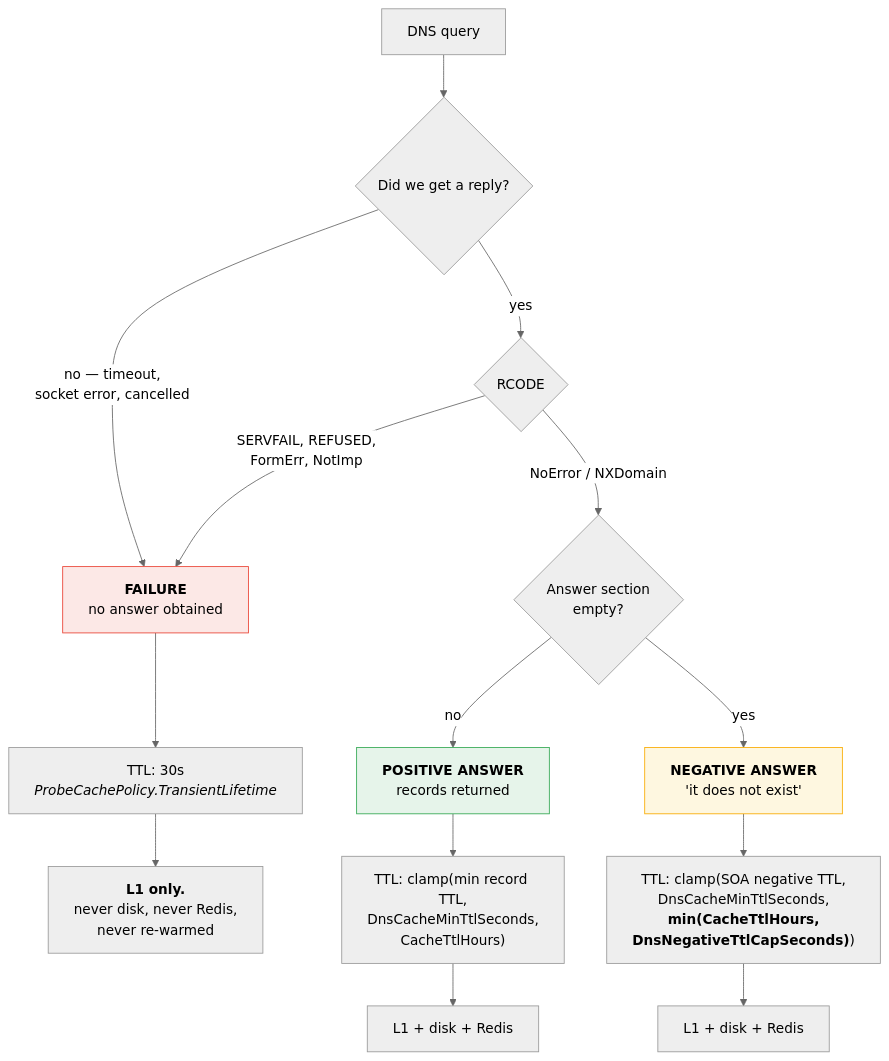
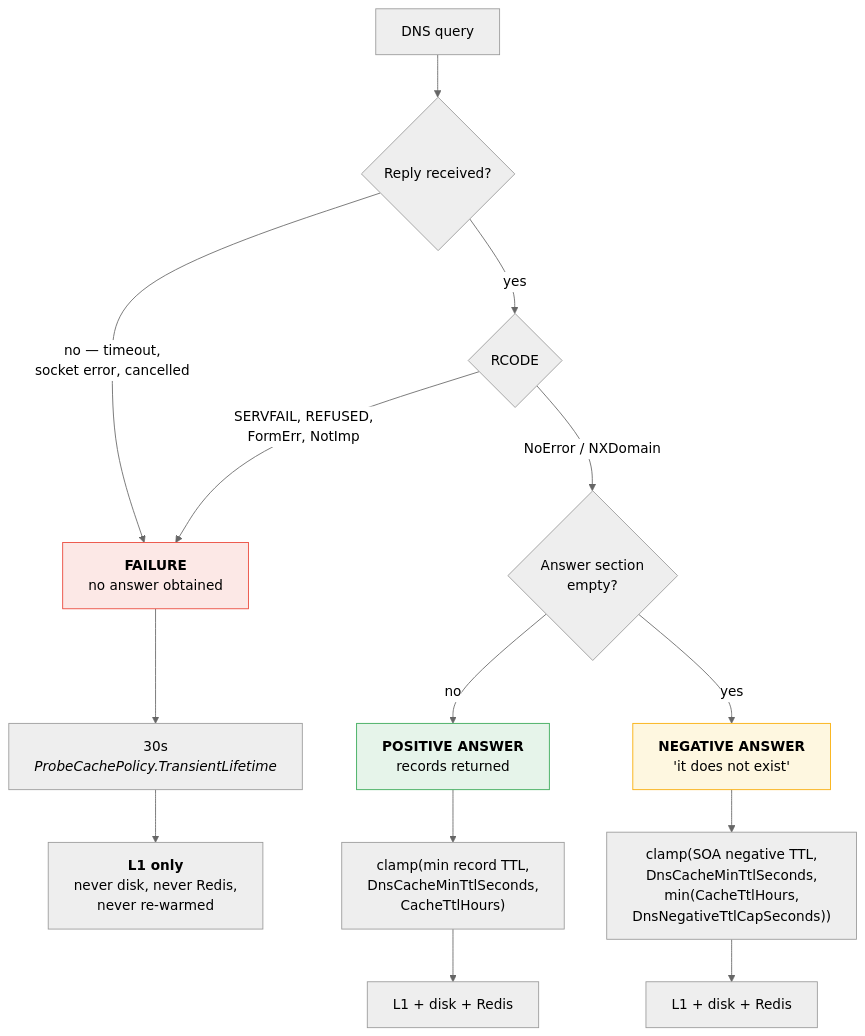
Before and after one commit to pkinerd/ednsv: the first of 2 diagrams in docs/cache-behaviour-map.md, drawn with Mermaid (neutral theme). The commit also changed other lines of this file and 1 other file, not shown here.

````diff
--- a/docs/cache-behaviour-map.md
+++ b/docs/cache-behaviour-map.md
@@ -18,25 +14,25 @@
 ```mermaid
 flowchart TD
-    Q["DNS query"] --> R{"Did we get a reply?"}
+    Q["DNS query"] --> R{"Reply received?"}
 
     R -->|"no — timeout,<br/>socket error, cancelled"| F
     R -->|yes| C{"RCODE"}
 
     C -->|"SERVFAIL, REFUSED,<br/>FormErr, NotImp"| F["<b>FAILURE</b><br/>no answer obtained"]
     C -->|"NoError / NXDomain"| A{"Answer section<br/>empty?"}
 
     A -->|no| P["<b>POSITIVE ANSWER</b><br/>records returned"]
     A -->|yes| N["<b>NEGATIVE ANSWER</b><br/>'it does not exist'"]
 
-    P --> PT["TTL: clamp(min record TTL,<br/>DnsCacheMinTtlSeconds,<br/>CacheTtlHours)"]
-    N --> NT["TTL: clamp(SOA negative TTL,<br/>DnsCacheMinTtlSeconds,<br/><b>min(CacheTtlHours,<br/>DnsNegativeTtlCapSeconds)</b>)"]
-    F --> FT["TTL: 30s<br/><i>ProbeCachePolicy.TransientLifetime</i>"]
+    P --> PT["clamp(min record TTL,<br/>DnsCacheMinTtlSeconds,<br/>CacheTtlHours)"]
+    N --> NT["clamp(SOA negative TTL,<br/>DnsCacheMinTtlSeconds,<br/>min(CacheTtlHours,<br/>DnsNegativeTtlCapSeconds))"]
+    F --> FT["30s<br/><i>ProbeCachePolicy.TransientLifetime</i>"]
 
     PT --> PS["L1 + disk + Redis"]
     NT --> NS["L1 + disk + Redis"]
-    FT --> FS["<b>L1 only.</b><br/>never disk, never Redis,<br/>never re-warmed"]
+    FT --> FS["<b>L1 only</b><br/>never disk, never Redis,<br/>never re-warmed"]
 
     style P fill:#e6f4ea,stroke:#34a853
     style N fill:#fef7e0,stroke:#f9ab00
     style F fill:#fce8e6,stroke:#ea4335
 ```
````
